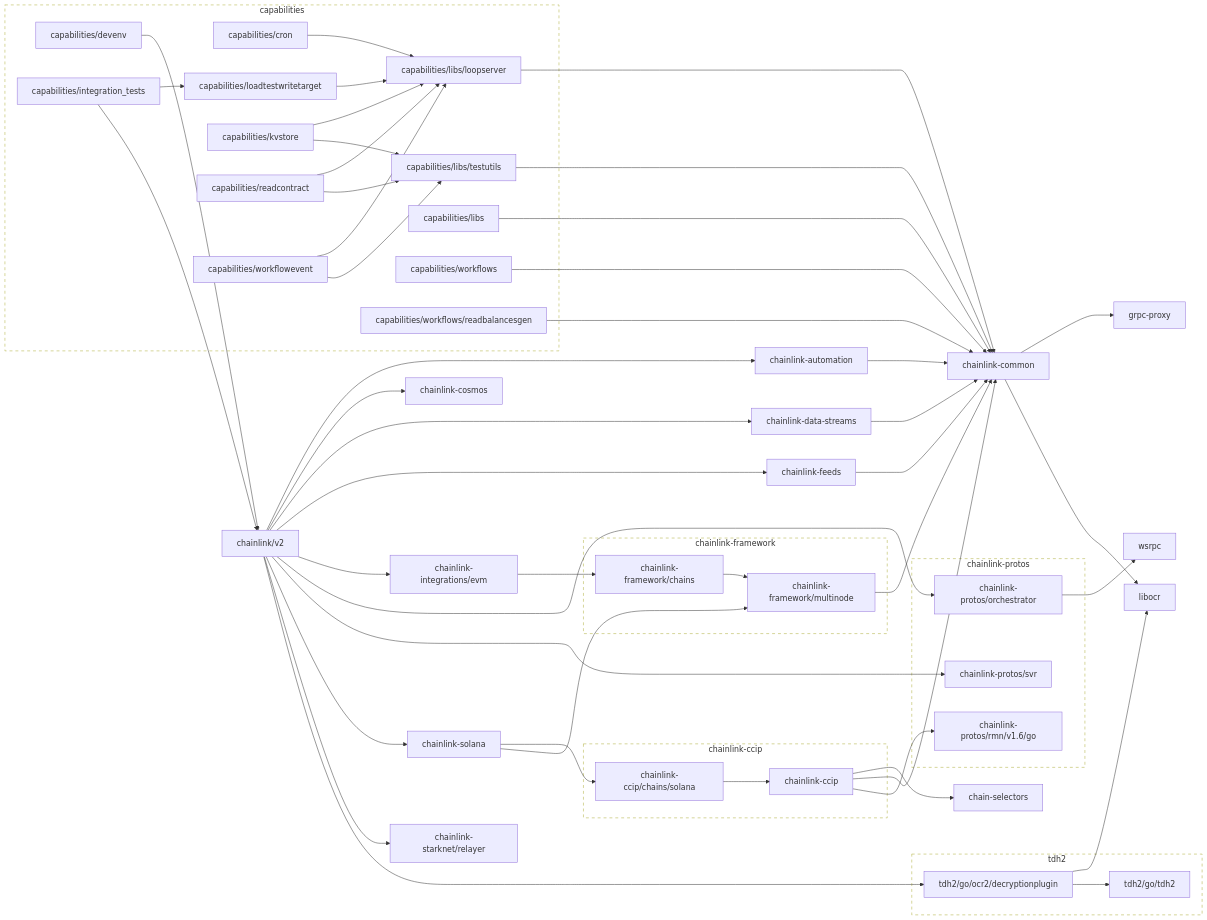
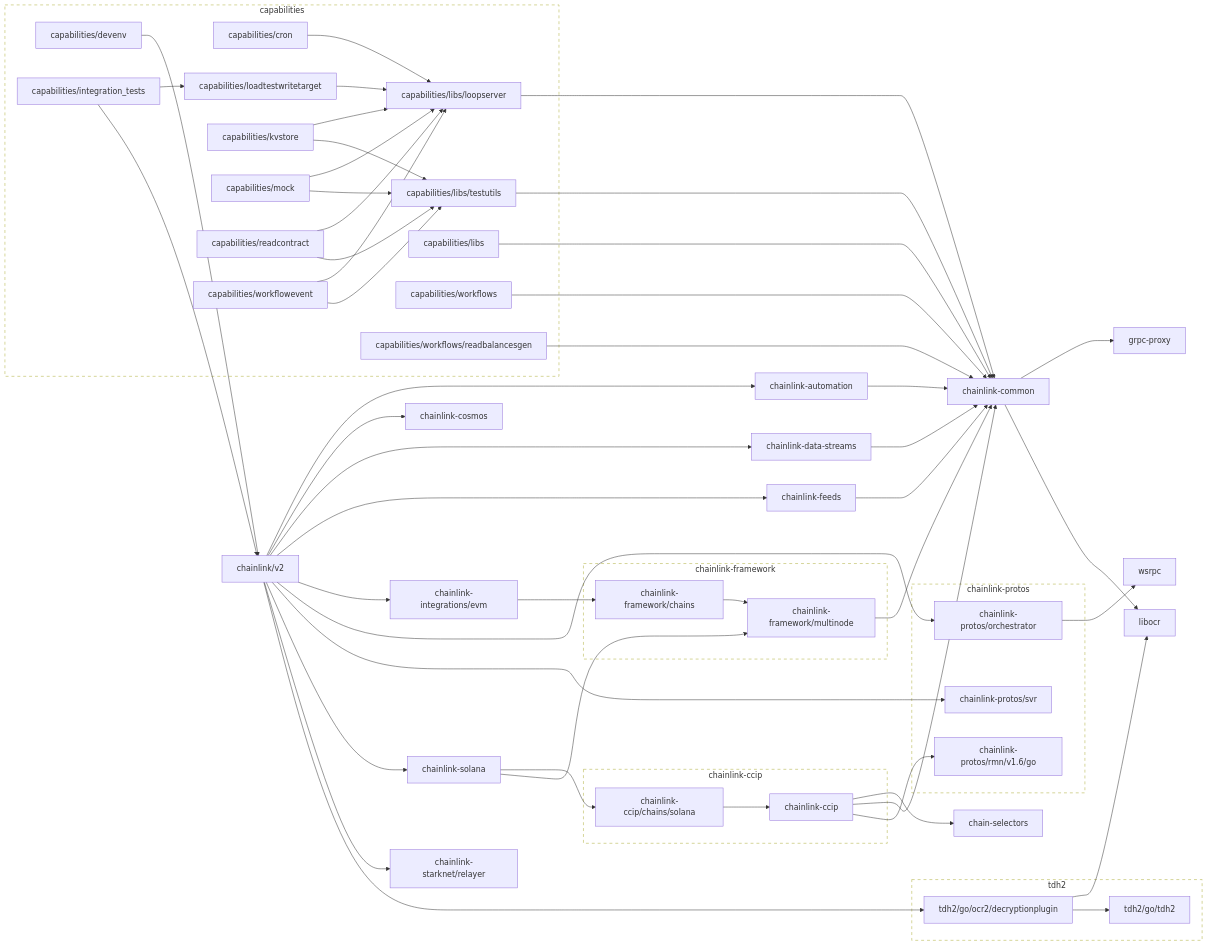
One commit to smartcontractkit/capabilities changed the diagram in go.md. Above: the diagram before and after it, drawn with Mermaid. The commit also changed 25 other files, not shown here.

```diff
--- a/go.md
+++ b/go.md
@@ -20,6 +20,9 @@
 	click capabilities/libs/testutils href "https://github.com/smartcontractkit/capabilities"
 	capabilities/loadtestwritetarget --> capabilities/libs/loopserver
 	click capabilities/loadtestwritetarget href "https://github.com/smartcontractkit/capabilities"
+	capabilities/mock --> capabilities/libs/loopserver
+	capabilities/mock --> capabilities/libs/testutils
+	click capabilities/mock href "https://github.com/smartcontractkit/capabilities"
 	capabilities/readcontract --> capabilities/libs/loopserver
 	capabilities/readcontract --> capabilities/libs/testutils
 	click capabilities/readcontract href "https://github.com/smartcontractkit/capabilities"
@@ -98,6 +101,7 @@
 		 capabilities/libs/loopserver
 		 capabilities/libs/testutils
 		 capabilities/loadtestwritetarget
+		 capabilities/mock
 		 capabilities/readcontract
 		 capabilities/workflowevent
 		 capabilities/workflows
```
